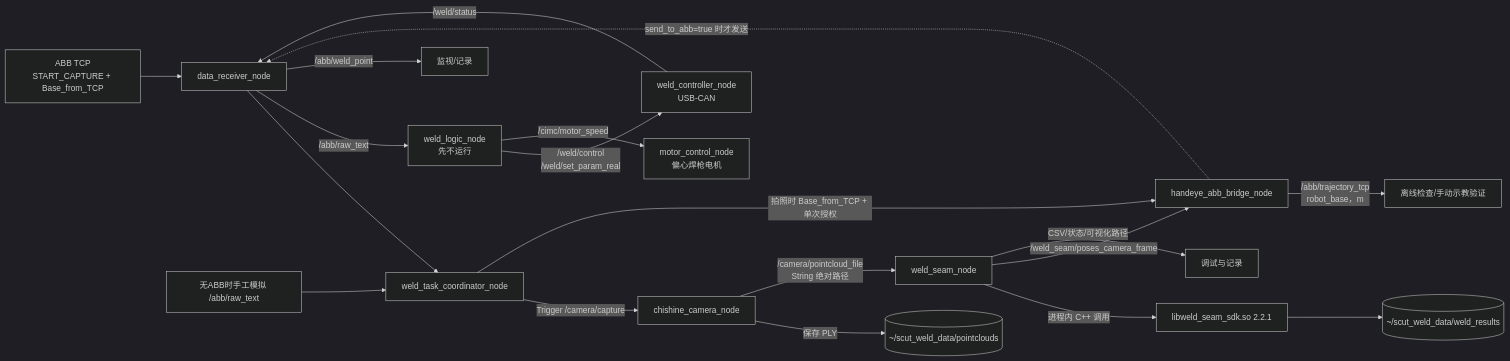
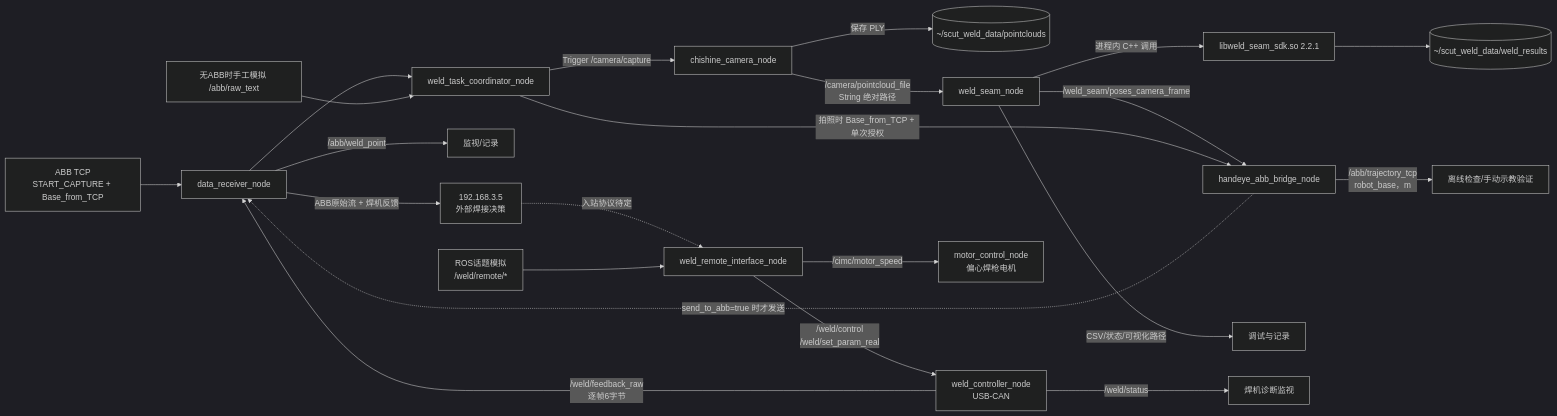
One commit to Luckme921/cimc changed the diagram in README.md. Above: the diagram before and after it, drawn with Mermaid (dark theme). The commit also changed other lines of this file and 10 other files, not shown here.

````diff
--- a/README.md
+++ b/README.md
@@ -33,22 +35,25 @@
 ```mermaid
 flowchart LR
     ABB["ABB TCP\nSTART_CAPTURE + Base_from_TCP"] --> D["data_receiver_node"]
     D --> Q["weld_task_coordinator_node"]
     SIM["无ABB时手工模拟 /abb/raw_text"] --> Q
     Q -->|"Trigger /camera/capture"| C["chishine_camera_node"]
     C -->|"保存 PLY"| P[("~/scut_weld_data/pointclouds")]
     C -->|"/camera/pointcloud_file\nString 绝对路径"| S["weld_seam_node"]
     S -->|"进程内 C++ 调用"| SDK["libweld_seam_sdk.so 2.2.1"]
     SDK --> R[("~/scut_weld_data/weld_results")]
     S -->|"/weld_seam/poses_camera_frame"| H["handeye_abb_bridge_node"]
     Q -->|"拍照时 Base_from_TCP + 单次授权"| H
     H -->|"/abb/trajectory_tcp\nrobot_base，m"| CHECK["离线检查/手动示教验证"]
     H -. "send_to_abb=true 时才发送" .-> D
     S -->|"CSV/状态/可视化路径"| V["调试与记录"]
 
-    D -->|"/abb/raw_text"| L["weld_logic_node\n先不运行"]
     D -->|"/abb/weld_point"| MON["监视/记录"]
-    W["weld_controller_node\nUSB-CAN"] -->|"/weld/status"| D
-    L -->|"/weld/control\n/weld/set_param_real"| W
-    L -->|"/cimc/motor_speed"| M["motor_control_node\n偏心焊枪电机"]
+    W["weld_controller_node\nUSB-CAN"] -->|"/weld/status"| WMON["焊机诊断监视"]
+    W -->|"/weld/feedback_raw\n逐帧6字节"| D
+    D -->|"ABB原始流 + 焊机反馈"| EXT["192.168.3.5\n外部焊接决策"]
+    EXT -. "入站协议待定" .-> RI["weld_remote_interface_node"]
+    RSIM["ROS话题模拟\n/weld/remote/*"] --> RI
+    RI -->|"/weld/control\n/weld/set_param_real"| W
+    RI -->|"/cimc/motor_speed"| M["motor_control_node\n偏心焊枪电机"]
 ```
````
